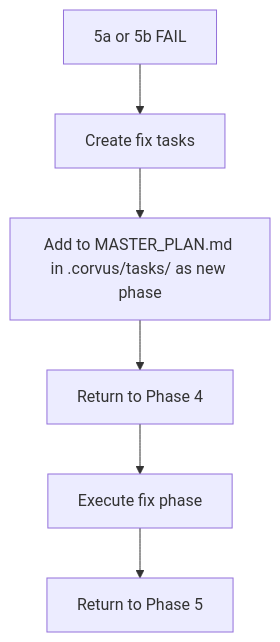
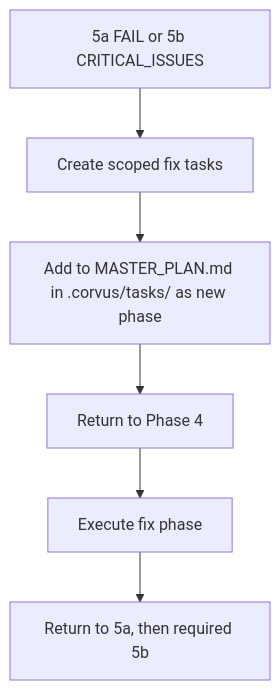
The sixth of 6 diagrams in docs/CORVUS-STATE-MACHINE.md (NachoFLizaur/corvus), drawn with Mermaid before and after one commit. The commit also changed other lines of this file and 41 other files, not shown here.

````diff
--- a/docs/CORVUS-STATE-MACHINE.md
+++ b/docs/CORVUS-STATE-MACHINE.md
@@ -639,8 +631,8 @@
 ```mermaid
 flowchart TD
-    A[5a or 5b FAIL] --> B[Create fix tasks]
+    A[5a FAIL or 5b CRITICAL_ISSUES] --> B[Create scoped fix tasks]
     B --> C[Add to MASTER_PLAN.md in .corvus/tasks/ as new phase]
     C --> D[Return to Phase 4]
     D --> E[Execute fix phase]
-    E --> F[Return to Phase 5]
+    E --> F[Return to 5a, then required 5b]
 ```
````
